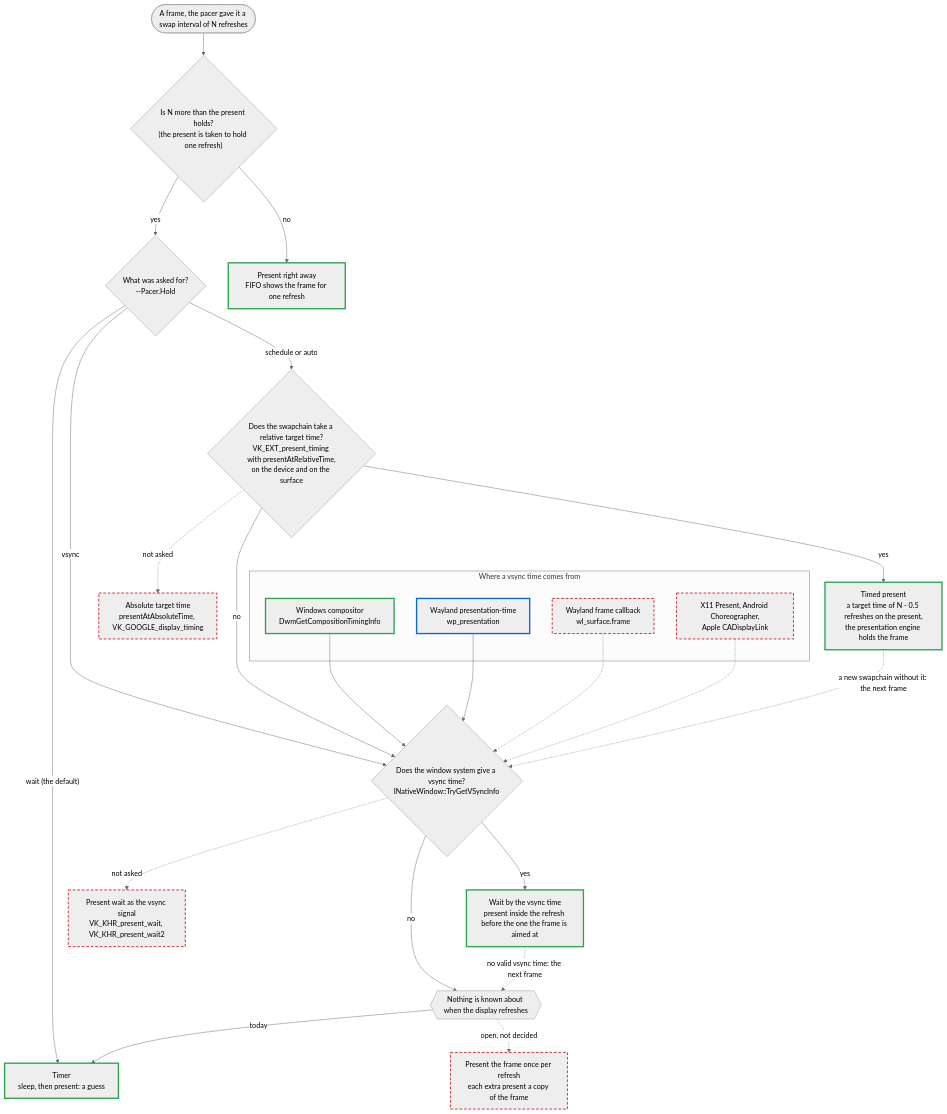
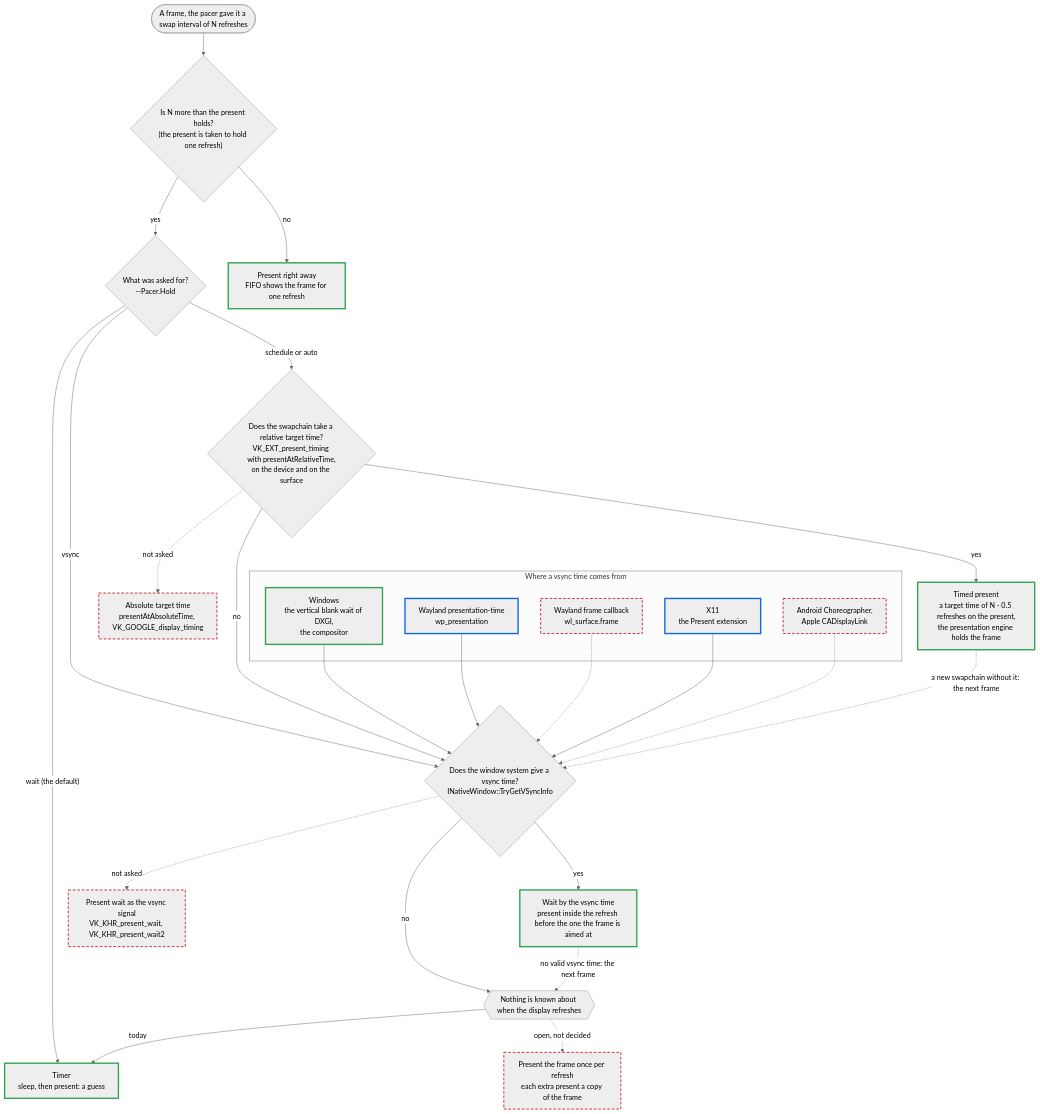
One commit to Unarmed1000/gtec-demo-framework changed the diagram in Doc/FramePacingPlatformSupport.md. Above: the diagram before and after it, drawn with Mermaid (neutral theme). The commit also changed other lines of this file and 25 other files, not shown here.

````diff
--- a/Doc/FramePacingPlatformSupport.md
+++ b/Doc/FramePacingPlatformSupport.md
@@ -157,52 +196,54 @@
 ```mermaid
 flowchart TD
     frame(["A frame, the pacer gave it a swap interval of N refreshes"])
     q1{"Is N more than the present holds?<br/>(the present is taken to hold one refresh)"}
     q2{"What was asked for?<br/>--Pacer.Hold"}
     q3{"Does the swapchain take a relative target time?<br/>VK_EXT_present_timing with presentAtRelativeTime,<br/>on the device and on the surface"}
     q4{"Does the window system give a vsync time?<br/>INativeWindow::TryGetVSyncInfo"}
     nothing{{"Nothing is known about when the display refreshes"}}
 
     fifo["Present right away<br/>FIFO shows the frame for one refresh"]:::measured
     schedule["Timed present<br/>a target time of N - 0.5 refreshes on the present,<br/>the presentation engine holds the frame"]:::measured
     vsync["Wait by the vsync time<br/>present inside the refresh before the one the frame is aimed at"]:::measured
     timer["Timer<br/>sleep, then present: a guess"]:::measured
 
     absolute["Absolute target time<br/>presentAtAbsoluteTime, VK_GOOGLE_display_timing"]:::notbuilt
     presentwait["Present wait as the vsync signal<br/>VK_KHR_present_wait, VK_KHR_present_wait2"]:::notbuilt
     again["Present the frame once per refresh<br/>each extra present a copy of the frame"]:::notbuilt
 
     subgraph sources ["Where a vsync time comes from"]
-        win["Windows compositor<br/>DwmGetCompositionTimingInfo"]:::measured
+        win["Windows<br/>the vertical blank wait of DXGI,<br/>the compositor"]:::measured
         wlpresentation["Wayland presentation-time<br/>wp_presentation"]:::built
         wlframe["Wayland frame callback<br/>wl_surface.frame"]:::notbuilt
-        other["X11 Present, Android Choreographer,<br/>Apple CADisplayLink"]:::notbuilt
+        x11present["X11<br/>the Present extension"]:::built
+        other["Android Choreographer,<br/>Apple CADisplayLink"]:::notbuilt
     end
 
     frame --> q1
     q1 -- "no" --> fifo
     q1 -- "yes" --> q2
     q2 -- "schedule or auto" --> q3
     q2 -- "vsync" --> q4
     q2 -- "wait (the default)" --> timer
     q3 -- "yes" --> schedule
     q3 -- "no" --> q4
     q4 -- "yes" --> vsync
     q4 -- "no" --> nothing
     nothing -- "today" --> timer
     nothing -. "open, not decided" .-> again
 
     win --> q4
     wlpresentation --> q4
     wlframe -.-> q4
+    x11present --> q4
     other -.-> q4
     q3 -. "not asked" .-> absolute
     q4 -. "not asked" .-> presentwait
 
     schedule -. "a new swapchain without it: the next frame" .-> q4
     vsync -. "no valid vsync time: the next frame" .-> nothing
 
     classDef measured stroke:#2da44e,stroke-width:3px
     classDef built stroke:#0969da,stroke-width:3px
     classDef notbuilt stroke:#cf222e,stroke-width:2px,stroke-dasharray:6 4
 ```
````
